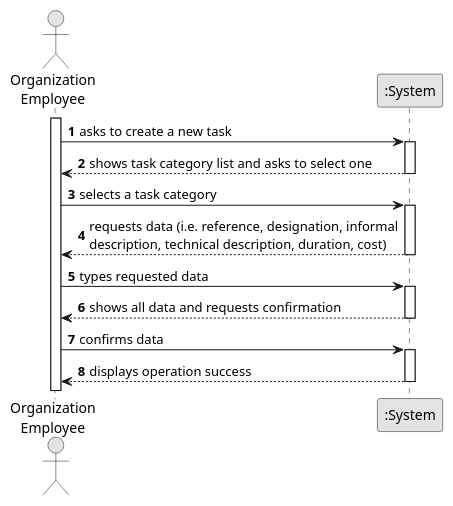
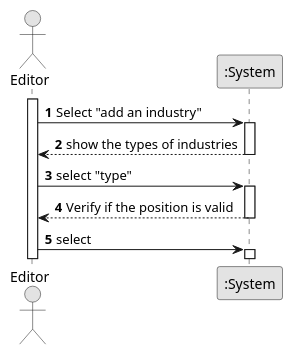
The diagram in docs/system-documentation/US002/01.requirements-engineering/puml/US006-SSD.puml (1240826/empire-on-tracks), drawn with PlantUML before and after one commit. The commit also changed 2 other files, not shown here.

```diff
--- a/docs/system-documentation/US002/01.requirements-engineering/puml/US006-SSD.puml
+++ b/docs/system-documentation/US002/01.requirements-engineering/puml/US006-SSD.puml
@@ -1,36 +1,28 @@
 @startuml
 skinparam monochrome true
 skinparam packageStyle rectangle
 skinparam shadowing false
 
 autonumber
 
-actor "Organization\nEmployee" as Employee
+actor "Editor" as Employee
 participant ":System" as System
 
 activate Employee
 
-    Employee -> System : asks to create a new task
+    Employee -> System : Select "add an industry"
     activate System
 
-        System --> Employee : shows task category list and asks to select one
+        System --> Employee : show the types of industries
     deactivate System
 
-    Employee -> System : selects a task category
+    Employee -> System : select "type"
     activate System
 
-        System --> Employee : requests data (i.e. reference, designation, informal\ndescription, technical description, duration, cost)
+        System --> Employee : Verify if the position is valid
+
     deactivate System
+    Employee -> System :select
+        activate System
 
-    Employee -> System : types requested data
-    activate System
-
-        System --> Employee : shows all data and requests confirmation
-    deactivate System
-
-    Employee -> System : confirms data
-    activate System
-
-        System --> Employee : displays operation success
-    deactivate System
 @enduml
```
